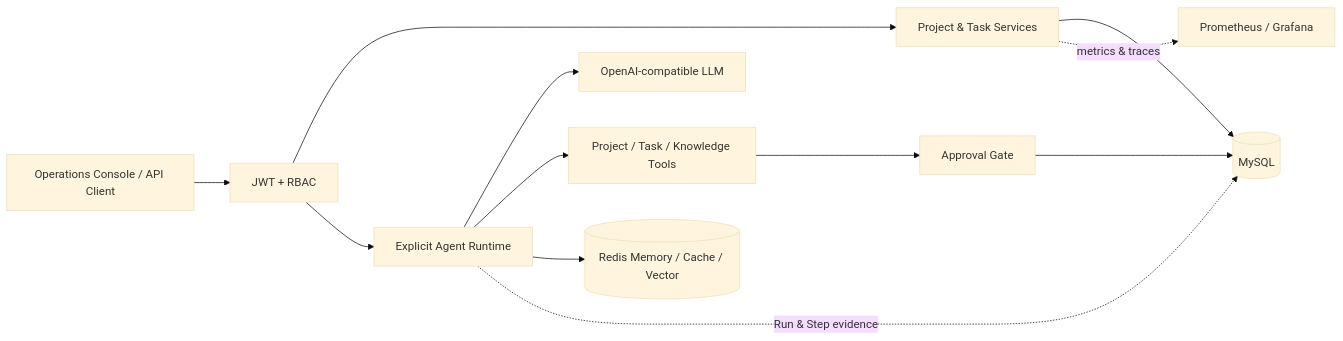
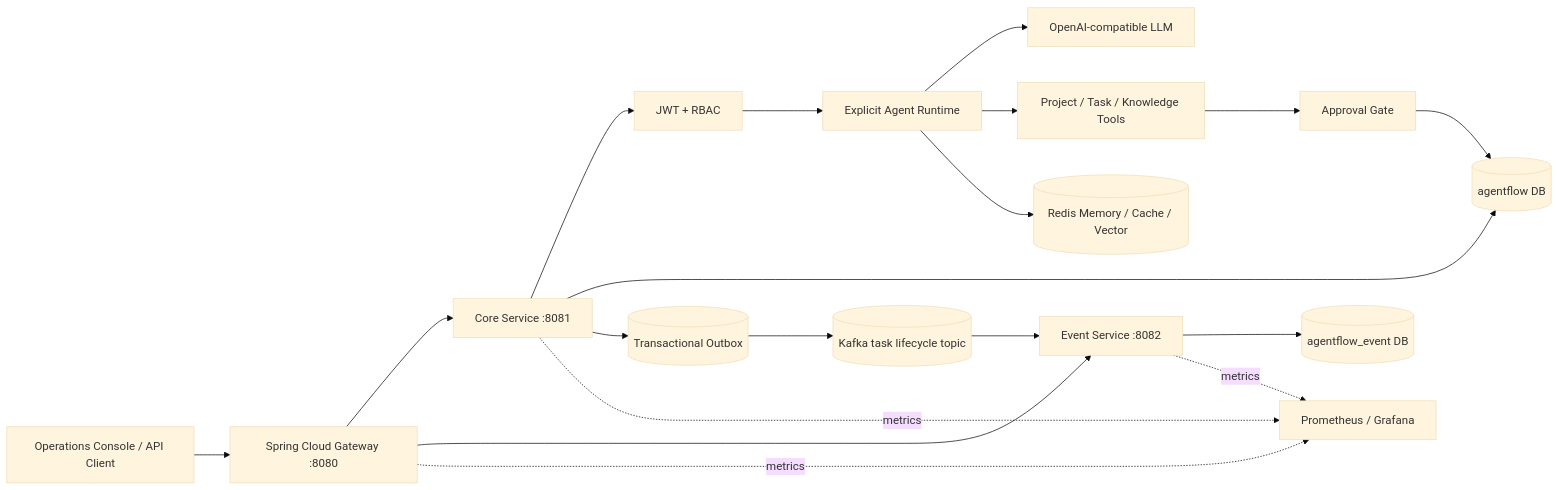
Before and after one commit to pravinkaveya473-sketch/agentflow-enterprise: the diagram in README.md, drawn with Mermaid (base theme). The commit also changed other lines of this file and 140 other files, not shown here.

Commit message:
feat: evolve AgentFlow with Spring Cloud and Kafka

````diff
--- a/README.md
+++ b/README.md
@@ -42,14 +44,21 @@
 ```mermaid
 flowchart LR
-    UI[Operations Console / API Client] --> SEC[JWT + RBAC]
-    SEC --> APP[Project & Task Services]
+    UI[Operations Console / API Client] --> GW[Spring Cloud Gateway :8080]
+    GW --> CORE[Core Service :8081]
+    GW --> EVENT[Event Service :8082]
+    CORE --> SEC[JWT + RBAC]
     SEC --> AGENT[Explicit Agent Runtime]
     AGENT --> MODEL[OpenAI-compatible LLM]
     AGENT --> TOOLS[Project / Task / Knowledge Tools]
     TOOLS --> GATE[Approval Gate]
-    APP --> MYSQL[(MySQL)]
+    CORE --> MYSQL[(agentflow DB)]
     GATE --> MYSQL
     AGENT --> REDIS[(Redis Memory / Cache / Vector)]
-    AGENT -. Run & Step evidence .-> MYSQL
-    APP -. metrics & traces .-> OBS[Prometheus / Grafana]
+    CORE --> OUTBOX[(Transactional Outbox)]
+    OUTBOX --> KAFKA[(Kafka task lifecycle topic)]
+    KAFKA --> EVENT
+    EVENT --> EVENTDB[(agentflow_event DB)]
+    GW -. metrics .-> OBS[Prometheus / Grafana]
+    CORE -. metrics .-> OBS
+    EVENT -. metrics .-> OBS
 ```
````
